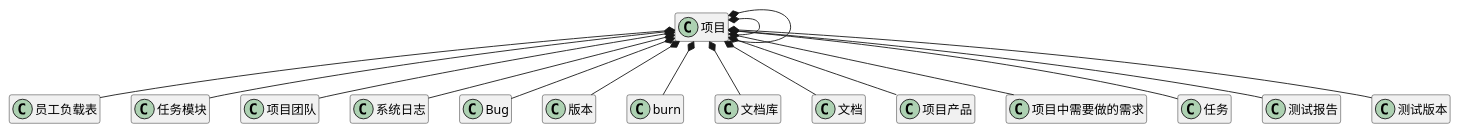
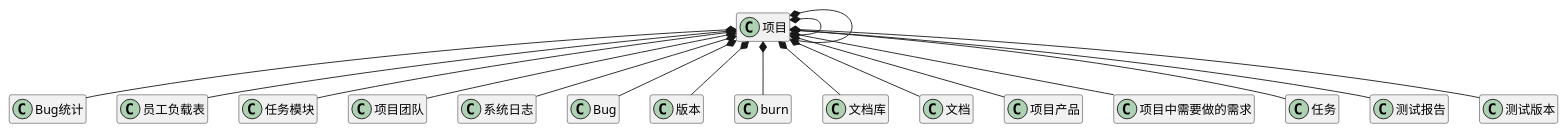
Before and after one commit to zj335841911/nt_chandao: the first of 11 diagrams in ibizpms-docs/src/main/doc/v1/module/zentao/Project_old.md, drawn with PlantUML. The commit also changed 40 other files, not shown here.

```diff
--- a/ibizpms-docs/src/main/doc/v1/module/zentao/Project_old.md
+++ b/ibizpms-docs/src/main/doc/v1/module/zentao/Project_old.md
@@ -6,19 +6,20 @@
 {% plantuml %}
+项目 *-- Bug统计 
 项目 *-- 员工负载表 
 项目 *-- 任务模块 
 项目 *-- 项目团队 
 项目 *-- 系统日志 
 项目 *-- Bug 
 项目 *-- 版本 
 项目 *-- burn 
 项目 *-- 文档库 
 项目 *-- 文档 
 项目 *-- 项目产品 
 项目 *-- 项目中需要做的需求 
 项目 *-- 任务 
 项目 *-- 测试报告 
 项目 *-- 测试版本 
 项目 *-- 项目 
 项目 *-- 项目 
 hide members
 {% endplantuml %}
```
